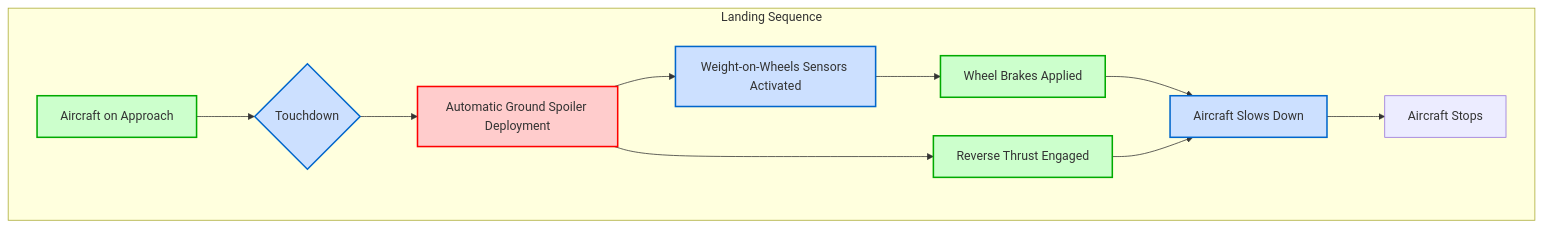
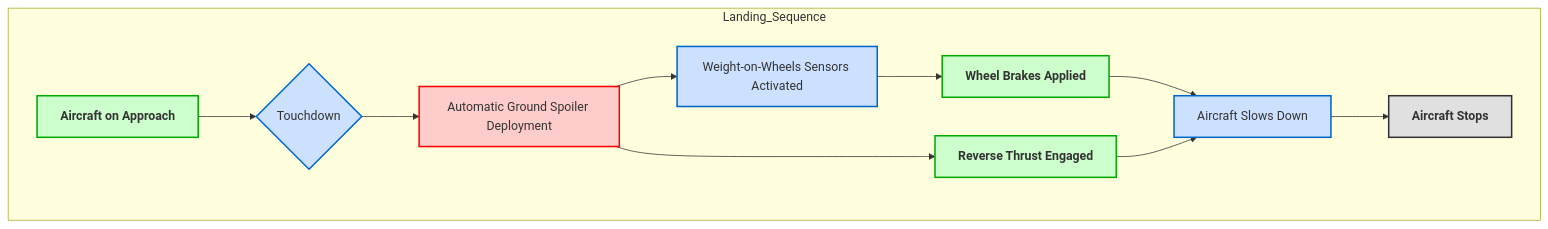
One commit to Robbbo-T/Ampel360XWLRGA changed diagram 12 of 15 in FTC_27-00-00-00-000 – ATA_27-Flight-Controls.md. Above: the diagram before and after it, drawn with Mermaid. The commit also changed other lines of this file, not shown here.

````diff
--- a/FTC_27-00-00-00-000 – ATA_27-Flight-Controls.md
+++ b/FTC_27-00-00-00-000 – ATA_27-Flight-Controls.md
@@ -3076,20 +3079,25 @@
 ```mermaid
 graph TD
-    subgraph Landing Sequence
+
+    %% Subgraph highlighting the sequential landing process
+    subgraph Landing_Sequence
         A[Aircraft on Approach] --> B{Touchdown}
         B --> C[Automatic Ground Spoiler Deployment]
         C --> D[Weight-on-Wheels Sensors Activated]
         D --> E[Wheel Brakes Applied]
         C --> F[Reverse Thrust Engaged]
         E --> G[Aircraft Slows Down]
         F --> G
         G --> H[Aircraft Stops]
     end
-    style A fill:#ccffcc,stroke:#00aa00,stroke-width:2px
-    style B fill:#cce0ff,stroke:#0066cc,stroke-width:2px
+
+    %% Node styles for visual clarity and emphasis
+    style A fill:#ccffcc,stroke:#00aa00,stroke-width:2px, font-weight:bold
+    style B fill:#cce0ff,stroke:#0066cc,stroke-width:2px 
     style C fill:#ffcccc,stroke:#ff0000,stroke-width:2px
     style D fill:#cce0ff,stroke:#0066cc,stroke-width:2px
-    style E fill:#ccffcc,stroke:#00aa00,stroke-width:2px
-    style F fill:#ccffcc,stroke:#00aa00,stroke-width:2px
+    style E fill:#ccffcc,stroke:#00aa00,stroke-width:2px, font-weight:bold
+    style F fill:#ccffcc,stroke:#00aa00,stroke-width:2px, font-weight:bold
     style G fill:#cce0ff,stroke:#0066cc,stroke-width:2px
+    style H fill:#e0e0e0,stroke:#333,stroke-width:2px, font-weight:bold
 ```
````
